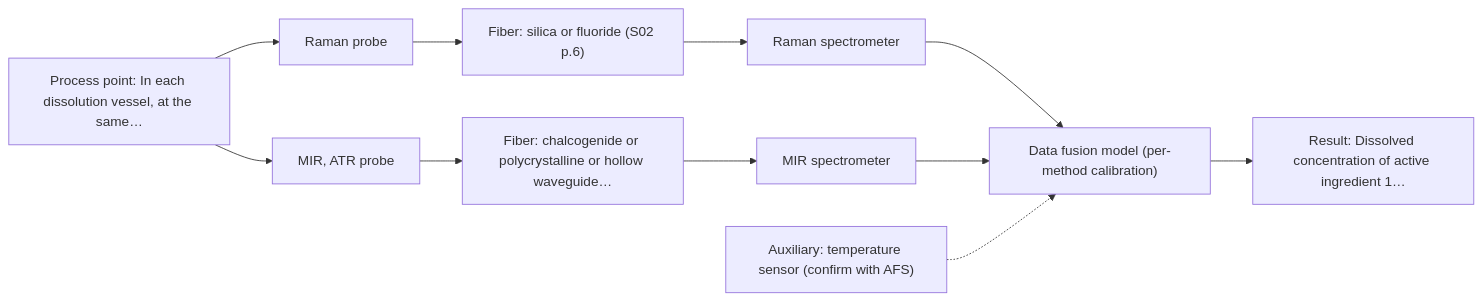
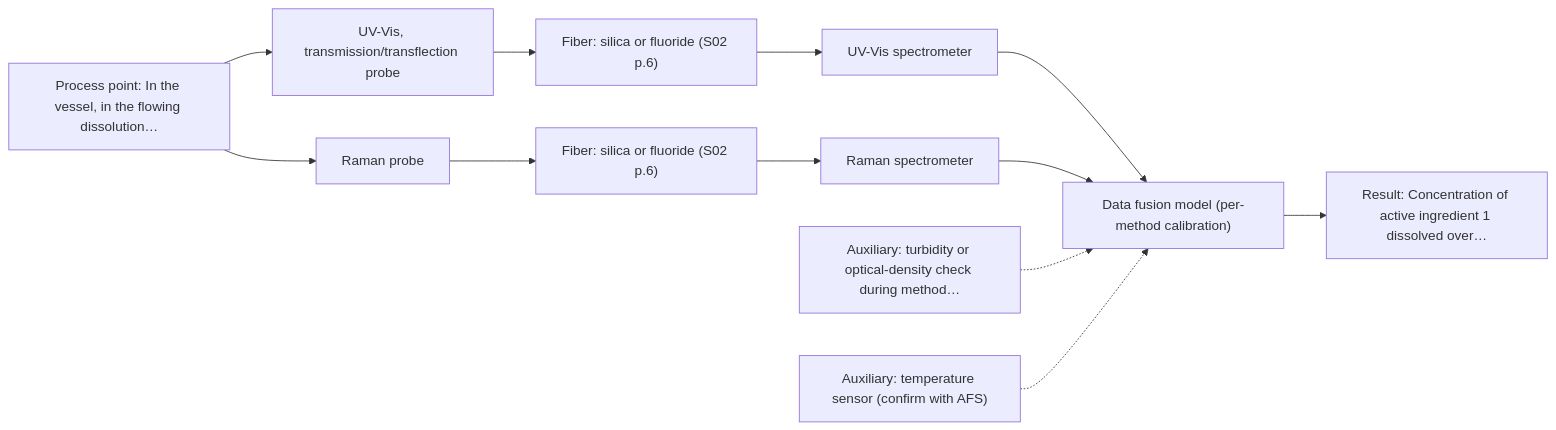
Before and after one commit to sleipnir029/Afs-Spectroscopy-Assistant: the second of 2 diagrams in outputs/adversarial/A02.md, drawn with Mermaid. The commit also changed other lines of this file and 41 other files, not shown here.

````diff
--- a/outputs/adversarial/A02.md
+++ b/outputs/adversarial/A02.md
@@ -87,23 +90,25 @@
 ```mermaid
 flowchart LR
-    proc["Process point: In each dissolution vessel, at the same…"]
-    probe1["Raman probe"]
+    proc["Process point: In the vessel, in the flowing dissolution…"]
+    probe1["UV-Vis, transmission/transflection probe"]
     fiber1["Fiber: silica or fluoride (S02 p.6)"]
-    spec1["Raman spectrometer"]
-    probe2["MIR, ATR probe"]
-    fiber2["Fiber: chalcogenide or polycrystalline or hollow waveguide…"]
-    spec2["MIR spectrometer"]
+    spec1["UV-Vis spectrometer"]
+    probe2["Raman probe"]
+    fiber2["Fiber: silica or fluoride (S02 p.6)"]
+    spec2["Raman spectrometer"]
     model["Data fusion model (per-method calibration)"]
-    result["Result: Dissolved concentration of active ingredient 1…"]
-    aux1["Auxiliary: temperature sensor (confirm with AFS)"]
+    result["Result: Concentration of active ingredient 1 dissolved over…"]
+    aux1["Auxiliary: turbidity or optical-density check during method…"]
+    aux2["Auxiliary: temperature sensor (confirm with AFS)"]
     proc --> probe1
     probe1 --> fiber1
     fiber1 --> spec1
     spec1 --> model
     proc --> probe2
     probe2 --> fiber2
     fiber2 --> spec2
     spec2 --> model
     model --> result
     aux1 -.-> model
+    aux2 -.-> model
 ```
````
